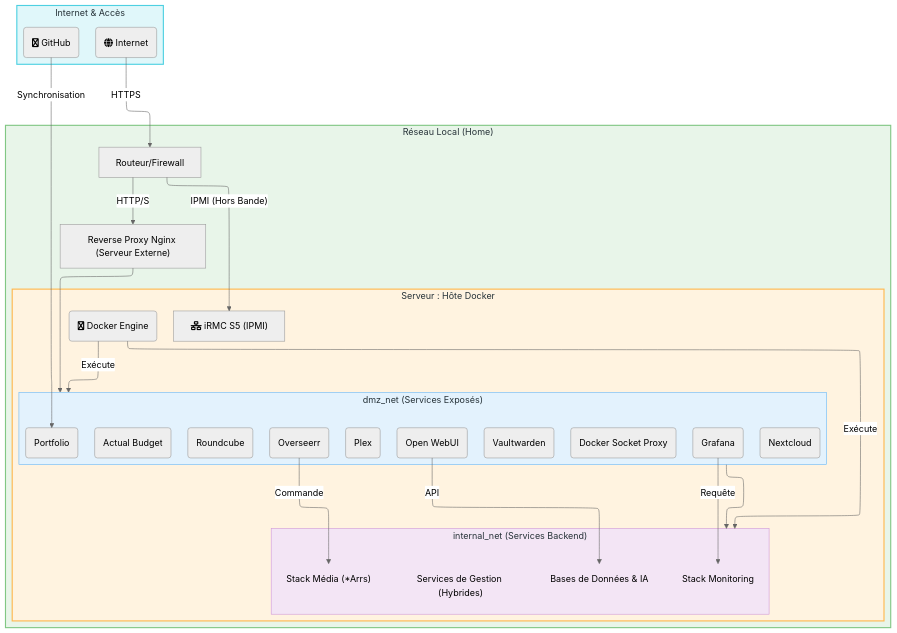
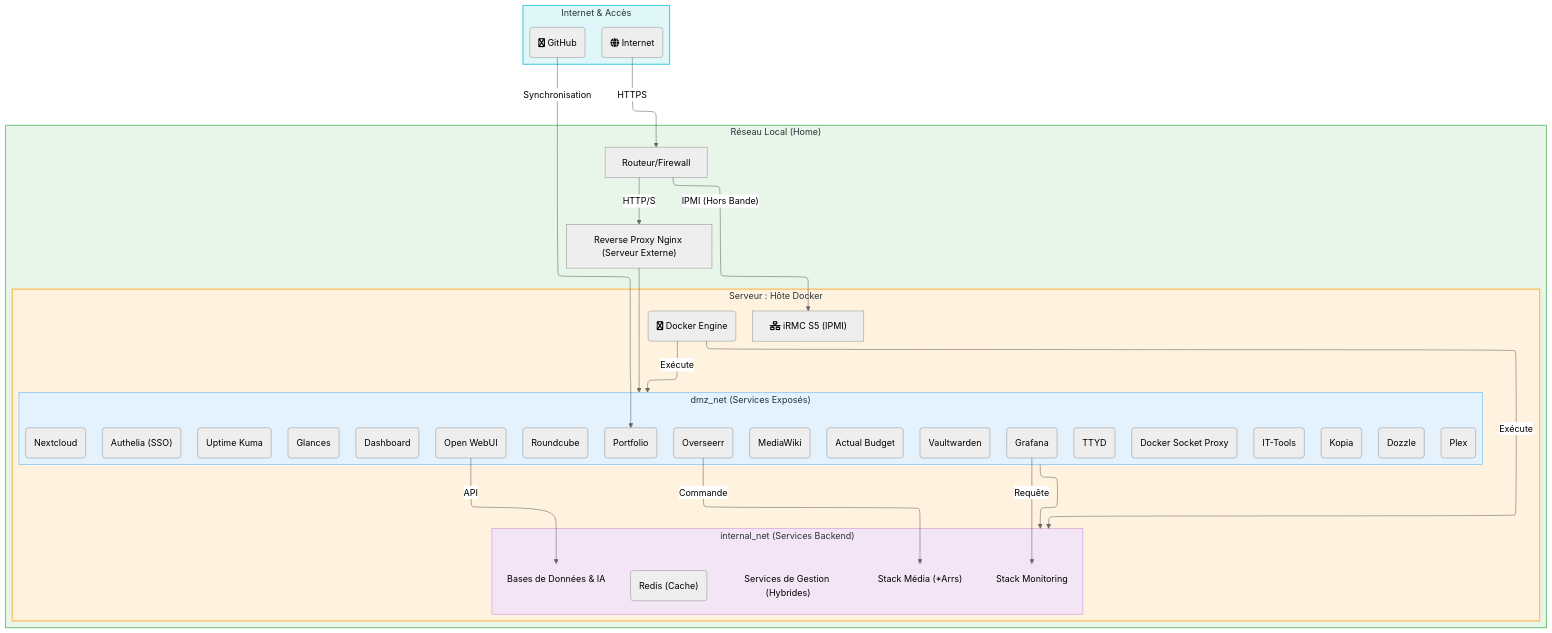
One commit to LM28000/server_doc changed the diagram in networkflow.md. Above: the diagram before and after it, drawn with Mermaid. The commit also changed other lines of this file and 10 other files, not shown here.

````diff
--- a/networkflow.md
+++ b/networkflow.md
@@ -29,69 +29,79 @@
 ```mermaid
 ---
 config:
   layout: elk
   theme: neutral
 ---
 flowchart TD
  subgraph RESEAU_EXTERNE["Internet & Accès"]
         INET("fa:fa-globe Internet")
         GH("fa:fa-github GitHub")
   end
  subgraph DMZ_NET["dmz_net (Services Exposés)"]
     direction LR
+        DASH("Dashboard")
+        AUTH("Authelia (SSO)")
         RC("Roundcube")
         AB("Actual Budget")
         PL("Plex")
         OS("Overseerr")
         VW("Vaultwarden")
         NC("Nextcloud")
         P("Portfolio")
         GF("Grafana")
+        UK("Uptime Kuma")
+        DZ("Dozzle")
+        GL("Glances")
+        IT("IT-Tools")
+        MW("MediaWiki")
+        KP("Kopia")
+        TTYD("TTYD")
         DSP("Docker Socket Proxy")
         OWUI("Open WebUI")
   end
  subgraph INTERNAL_NET["internal_net (Services Backend)"]
     direction TB
         DB_AI("Bases de Données & IA")
         MEDIA_STACK("Stack Média (*Arrs)")
         MONITORING("Stack Monitoring")
+        REDIS("Redis (Cache)")
         OPS("Services de Gestion (Hybrides)")
   end
  subgraph HOST["Serveur : Hôte Docker"]
         IRMC["fa:fa-network-wired iRMC S5 (IPMI)"]
         DE["fa:fa-docker Docker Engine"]
         DMZ_NET
         INTERNAL_NET
   end
  subgraph RESEAU_LOCAL["Réseau Local (Home)"]
     direction TB
         ROUTEUR["Routeur/Firewall"]
         NGINX["Reverse Proxy Nginx (Serveur Externe)"]
         HOST
   end
     INET -- HTTPS --> ROUTEUR
     GH -- Synchronisation --> P
     ROUTEUR -- HTTP/S --> NGINX
     ROUTEUR -- IPMI (Hors Bande) --> IRMC
     NGINX --> DMZ_NET
     DE -- Exécute --> DMZ_NET & INTERNAL_NET
     DMZ_NET --> INTERNAL_NET
     OWUI -- API --> DB_AI
     OS -- Commande --> MEDIA_STACK
     GF -- Requête --> MONITORING
     DE@{ shape: rounded}
     
     %% Nouveaux Styles pour un look plus clean et pro
     style RESEAU_EXTERNE fill:#e0f7fa,stroke:#4dd0e1,stroke-width:2px,color:#263238
     style RESEAU_LOCAL fill:#e8f5e9,stroke:#81c784,stroke-width:2px,color:#263238
     
     style HOST fill:#fff3e0,stroke:#ffb74d,stroke-width:2px,color:#263238
     
     style DMZ_NET fill:#e3f2fd,stroke:#64b5f6,stroke-width:1px,color:#263238
     style INTERNAL_NET fill:#f3e5f5,stroke:#ce93d8,stroke-width:1px,color:#263238
 
     style DB_AI fill:transparent,stroke:transparent
     style MEDIA_STACK fill:transparent,stroke:transparent
     style MONITORING fill:transparent,stroke:transparent
     style OPS fill:transparent,stroke:transparent
 ```
````
